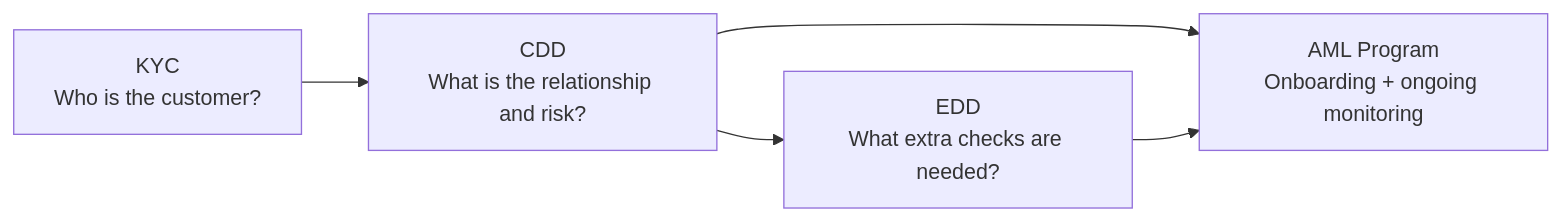
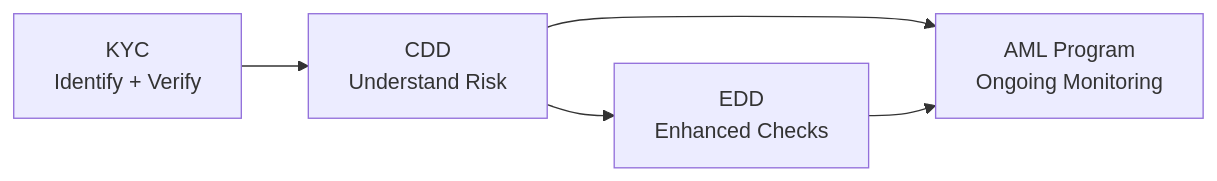
Before and after one commit to AvadhBhalodiya/Interview-Preparation: the second of 9 diagrams in src/content/system-design/kyc-pipeline.md, drawn with Mermaid. The commit also changed other lines of this file and 54 other files, not shown here.

````diff
--- a/src/content/system-design/kyc-pipeline.md
+++ b/src/content/system-design/kyc-pipeline.md
@@ -90,12 +134,7 @@
 ```mermaid
 flowchart LR
-    KYC[KYC<br/>Who is the customer?]
-    CDD[CDD<br/>What is the relationship and risk?]
-    EDD[EDD<br/>What extra checks are needed?]
-    AML[AML Program<br/>Onboarding + ongoing monitoring]
-
-    KYC --> CDD
-    CDD --> EDD
-    CDD --> AML
+    KYC[KYC<br/>Identify + Verify] --> CDD[CDD<br/>Understand Risk]
+    CDD --> EDD[EDD<br/>Enhanced Checks]
+    CDD --> AML[AML Program<br/>Ongoing Monitoring]
     EDD --> AML
 ```
````
